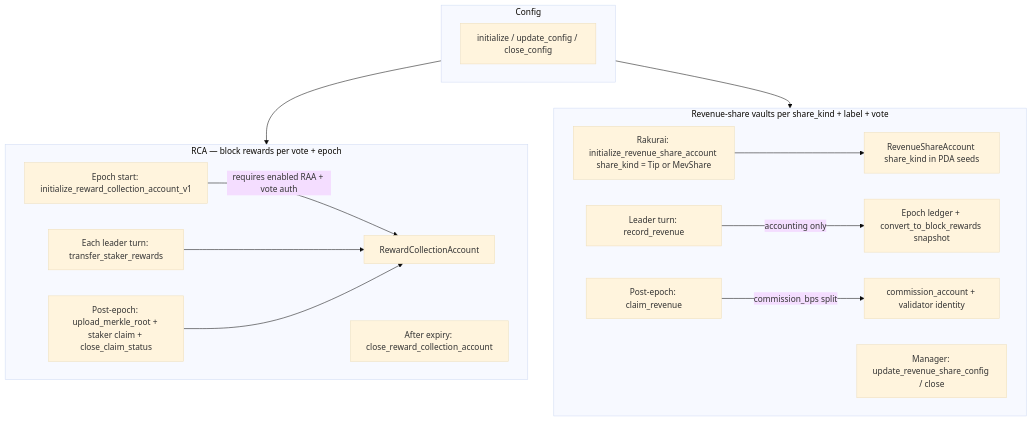
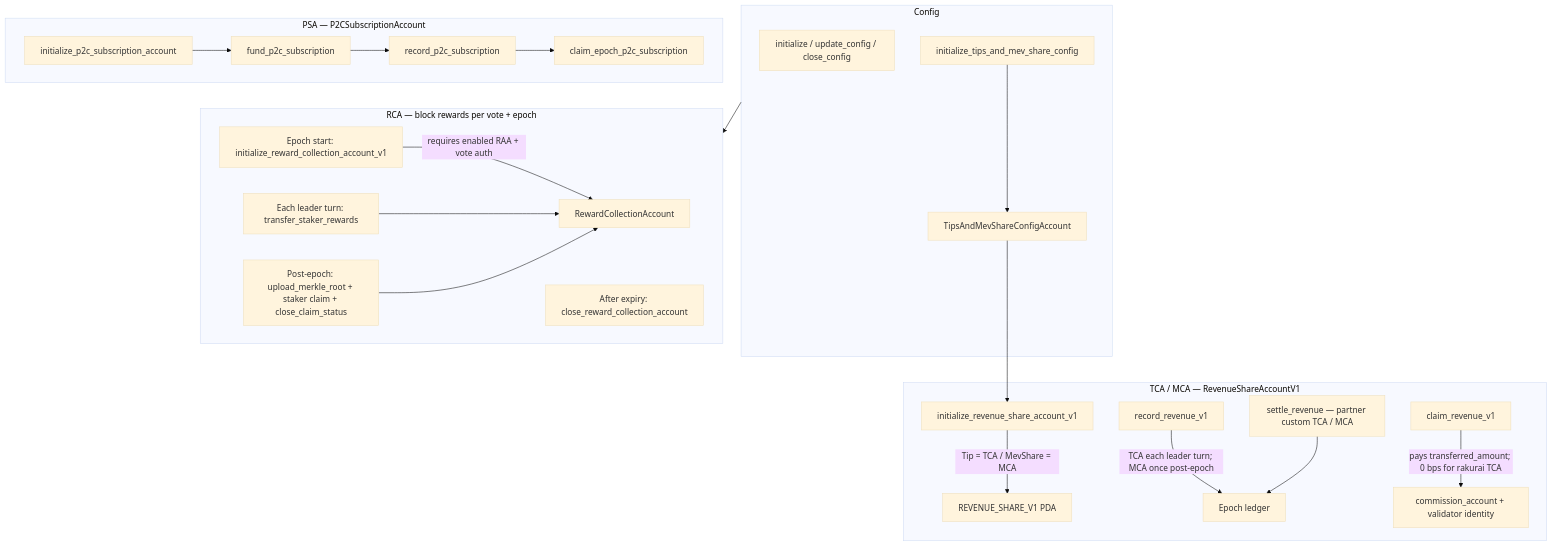
Before and after one commit to rakurai-io/rakurai_programs: the second of 5 diagrams in diagram/program-flow-diagrams.md, drawn with Mermaid (base theme). The commit also changed other lines of this file and 54 other files, not shown here.

````diff
--- a/diagram/program-flow-diagrams.md
+++ b/diagram/program-flow-diagrams.md
@@ -60,29 +60,40 @@
 ```mermaid
 flowchart TD
     subgraph config [Config]
         RD0[initialize / update_config / close_config]
+        TM0[initialize_tips_and_mev_share_config]
+        TM0 --> TMC[TipsAndMevShareConfigAccount]
     end
 
     subgraph rca [RCA — block rewards per vote + epoch]
         R1[Epoch start: initialize_reward_collection_account_v1]
         R1 -->|requires enabled RAA + vote auth| RCA[RewardCollectionAccount]
         R2[Each leader turn: transfer_staker_rewards]
         R2 --> RCA
         R3[Post-epoch: upload_merkle_root + staker claim + close_claim_status]
         R3 --> RCA
         R4[After expiry: close_reward_collection_account]
     end
 
-    subgraph revenue [Revenue-share vaults per share_kind + label + vote]
-        P0[Rakurai: initialize_revenue_share_account share_kind = Tip or MevShare]
-        P0 --> PTS[RevenueShareAccount share_kind in PDA seeds]
-        P1[Leader turn: record_revenue]
-        P1 -->|accounting only| LEDGER[Epoch ledger + convert_to_block_rewards snapshot]
-        P2[Post-epoch: claim_revenue]
-        P2 -->|commission_bps split| PAY[commission_account + validator identity]
-        P3[Manager: update_revenue_share_config / close]
+    subgraph tcaMca [TCA / MCA — RevenueShareAccountV1]
+        P0[initialize_revenue_share_account_v1]
+        P0 -->|Tip = TCA / MevShare = MCA| PTS[REVENUE_SHARE_V1 PDA]
+        P1[record_revenue_v1]
+        P1 -->|TCA each leader turn; MCA once post-epoch| LEDGER[Epoch ledger]
+        P1b[settle_revenue — partner custom TCA / MCA]
+        P1b --> LEDGER
+        P2[claim_revenue_v1]
+        P2 -->|pays transferred_amount; 0 bps for rakurai TCA| PAY[commission_account + validator identity]
+    end
+
+    subgraph psa [PSA — P2CSubscriptionAccount]
+        S0[initialize_p2c_subscription_account]
+        S1[fund_p2c_subscription]
+        S2[record_p2c_subscription]
+        S3[claim_epoch_p2c_subscription]
+        S0 --> S1 --> S2 --> S3
     end
 
     config --> rca
-    config --> revenue
+    TMC --> P0
 ```
````
